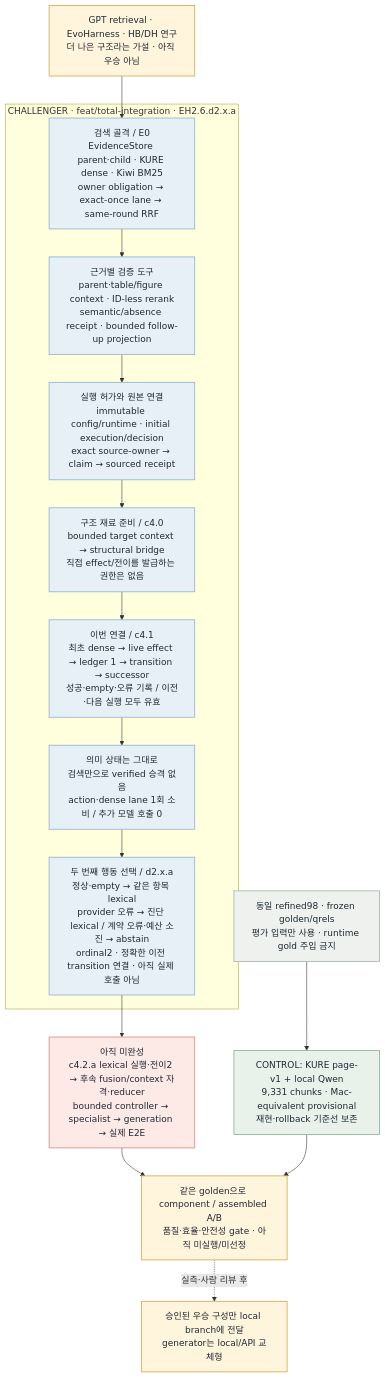
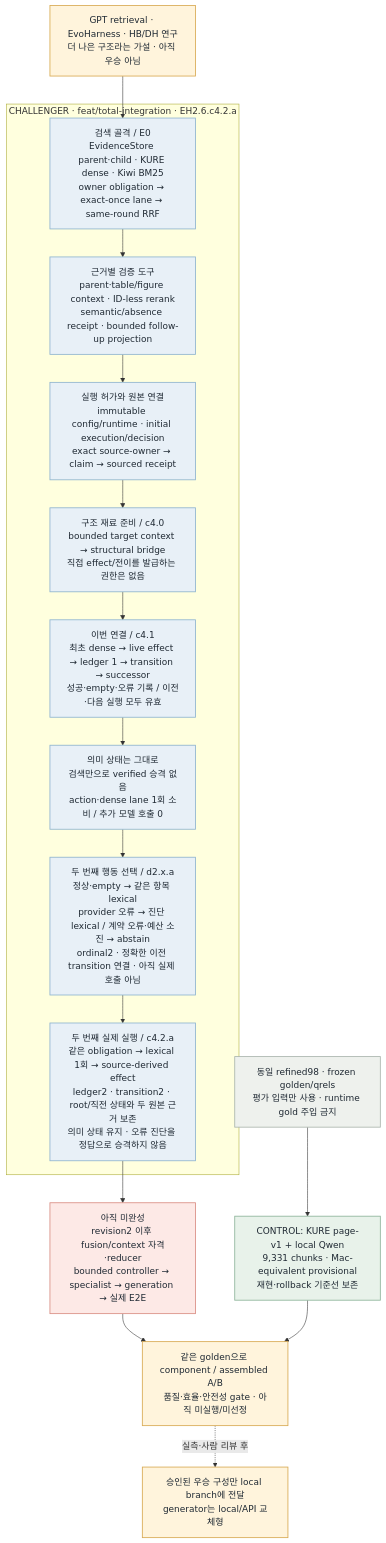
Before and after one commit to KongSeok/sprint-public-procurement-rag-assistant: the diagram in fivecircles/architecture/specs/evidence-harness-progress-current-flow.mmd, drawn with Mermaid. The commit also changed 23 other files, not shown here.

Commit message:
feat(controller): execute lexical step with revision-two lineage

```diff
--- a/fivecircles/architecture/specs/evidence-harness-progress-current-flow.mmd
+++ b/fivecircles/architecture/specs/evidence-harness-progress-current-flow.mmd
@@ -1,35 +1,36 @@
 flowchart TB
   INPUT["동일 refined98 · frozen golden/qrels<br/>평가 입력만 사용 · runtime gold 주입 금지"]
   B0["CONTROL: KURE page-v1 + local Qwen<br/>9,331 chunks · Mac-equivalent provisional<br/>재현·rollback 기준선 보존"]
   RESEARCH["GPT retrieval · EvoHarness · HB/DH 연구<br/>더 나은 구조라는 가설 · 아직 우승 아님"]
 
-  subgraph BUILD["CHALLENGER · feat/total-integration · EH2.6.d2.x.a"]
+  subgraph BUILD["CHALLENGER · feat/total-integration · EH2.6.c4.2.a"]
     SEARCH["검색 골격 / E0<br/>EvidenceStore parent·child · KURE dense · Kiwi BM25<br/>owner obligation → exact-once lane → same-round RRF"]
     RECEIPTS["근거별 검증 도구<br/>parent·table/figure context · ID-less rerank<br/>semantic/absence receipt · bounded follow-up projection"]
     PERMIT["실행 허가와 원본 연결<br/>immutable config/runtime · initial execution/decision<br/>exact source-owner → claim → sourced receipt"]
     BRIDGE["구조 재료 준비 / c4.0<br/>bounded target context → structural bridge<br/>직접 effect/전이를 발급하는 권한은 없음"]
     FIRST["이번 연결 / c4.1<br/>최초 dense → live effect → ledger 1 → transition → successor<br/>성공·empty·오류 기록 / 이전·다음 실행 모두 유효"]
     STATE["의미 상태는 그대로<br/>검색만으로 verified 승격 없음<br/>action·dense lane 1회 소비 / 추가 모델 호출 0"]
     NEXT["두 번째 행동 선택 / d2.x.a<br/>정상·empty → 같은 항목 lexical<br/>provider 오류 → 진단 lexical / 계약 오류·예산 소진 → abstain<br/>ordinal2 · 정확한 이전 transition 연결 · 아직 실제 호출 아님"]
-    SEARCH --> RECEIPTS --> PERMIT --> BRIDGE --> FIRST --> STATE --> NEXT
+    LEXICAL["두 번째 실제 실행 / c4.2.a<br/>같은 obligation → lexical 1회 → source-derived effect<br/>ledger2 · transition2 · root/직전 상태와 두 원본 근거 보존<br/>의미 상태 유지 · 오류 진단을 정답으로 승격하지 않음"]
+    SEARCH --> RECEIPTS --> PERMIT --> BRIDGE --> FIRST --> STATE --> NEXT --> LEXICAL
   end
 
-  GAP["아직 미완성<br/>c4.2.a lexical 실행·전이2 → 후속 fusion/context 자격·reducer<br/>bounded controller → specialist → generation → 실제 E2E"]
+  GAP["아직 미완성<br/>revision2 이후 fusion/context 자격·reducer<br/>bounded controller → specialist → generation → 실제 E2E"]
   SELECT["같은 golden으로 component / assembled A/B<br/>품질·효율·안전성 gate · 아직 미실행/미선정"]
   LOCAL["승인된 우승 구성만 local branch에 전달<br/>generator는 local/API 교체형"]
   INPUT --> B0
   RESEARCH --> SEARCH
-  NEXT --> GAP --> SELECT
+  LEXICAL --> GAP --> SELECT
   B0 --> SELECT
   SELECT -. "실측·사람 리뷰 후" .-> LOCAL
 
   classDef green fill:#e8f2ea,stroke:#8eb49a,color:#1f2933,stroke-width:1.5px
   classDef blue fill:#e8f0f7,stroke:#8fb4cf,color:#1f2933,stroke-width:1.5px
   classDef amber fill:#fff4dc,stroke:#d8aa53,color:#1f2933,stroke-width:1.5px
   classDef red fill:#fde9e6,stroke:#d98e84,color:#1f2933,stroke-width:1.5px
   classDef gray fill:#eef1ed,stroke:#aab5ad,color:#1f2933,stroke-width:1.5px
   class B0 green
-  class SEARCH,RECEIPTS,PERMIT,BRIDGE,FIRST,STATE,NEXT blue
+  class SEARCH,RECEIPTS,PERMIT,BRIDGE,FIRST,STATE,NEXT,LEXICAL blue
   class INPUT gray
   class RESEARCH,SELECT,LOCAL amber
   class GAP red
```
